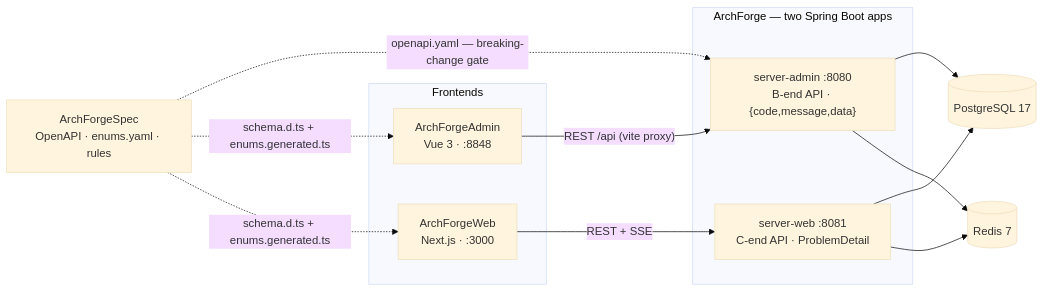
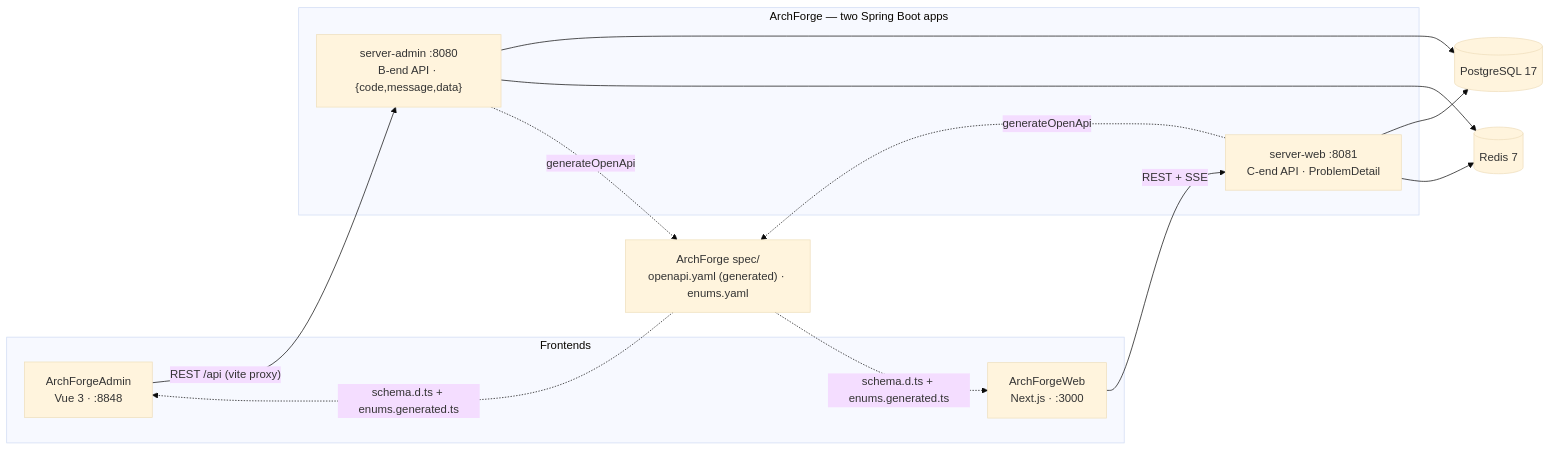
One commit to sofn/ArchForgeDocs changed the first of 5 diagrams in docs/guide/architecture.md. Above: the diagram before and after it, drawn with Mermaid (base theme). The commit also changed other lines of this file and 37 other files, not shown here.

````diff
--- a/docs/guide/architecture.md
+++ b/docs/guide/architecture.md
@@ -9,22 +9,23 @@
 ```mermaid
 flowchart LR
   subgraph clients["Frontends"]
     A["ArchForgeAdmin<br/>Vue 3 · :8848"]
     W["ArchForgeWeb<br/>Next.js · :3000"]
   end
   subgraph backend["ArchForge — two Spring Boot apps"]
     SA["server-admin :8080<br/>B-end API · {code,message,data}"]
     SW["server-web :8081<br/>C-end API · ProblemDetail"]
   end
   PG[("PostgreSQL 17")]
   RD[("Redis 7")]
-  SPEC["ArchForgeSpec<br/>OpenAPI · enums.yaml · rules"]
+  SPEC["ArchForge spec/<br/>openapi.yaml (generated) · enums.yaml"]
 
   A -->|"REST /api (vite proxy)"| SA
   W -->|"REST + SSE"| SW
   SA --> PG & RD
   SW --> PG & RD
-  SPEC -. "openapi.yaml — breaking-change gate" .-> SA
+  SA -. "generateOpenApi" .-> SPEC
+  SW -. "generateOpenApi" .-> SPEC
   SPEC -. "schema.d.ts + enums.generated.ts" .-> A
   SPEC -. "schema.d.ts + enums.generated.ts" .-> W
 ```
````
